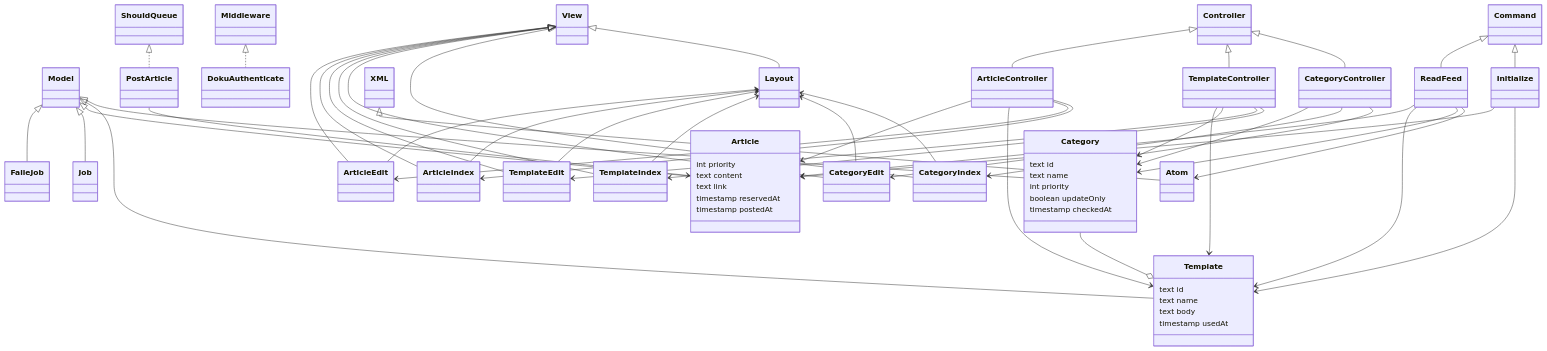
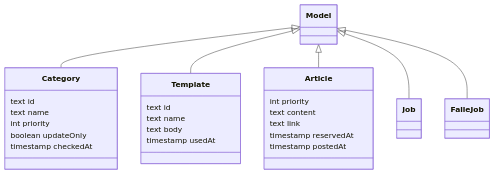
One commit to MichinobuMaeda/squirrelwheel changed the first of 6 diagrams in README.md. Above: the diagram before and after it, drawn with Mermaid.

Commit message:
improve readme

````diff
--- a/README.md
+++ b/README.md
@@ -91,68 +91,28 @@
 ```mermaid
 classDiagram
 class Category {
     text id
     text name
     int priority
     boolean updateOnly
     timestamp checkedAt
 }
 class Template {
     text id
     text name
     text body
     timestamp usedAt
 }
 class Article {
     int priority
     text content
     text link
     timestamp reservedAt
     timestamp postedAt
 }
 Model <|-- Category
 Model <|-- Template
 Model <|-- Article
 Model <|-- Job
 Model <|-- FaileJob
-Controller <|-- CategoryController
-Controller <|-- TemplateController
-Controller <|-- ArticleController
-Middleware <|.. DokuAuthenticate
-View <|-- Layout
-View <|-- CategoryIndex
-View <|-- CategoryEdit
-View <|-- TemplateIndex
-View <|-- TemplateEdit
-View <|-- ArticleIndex
-View <|-- ArticleEdit
-Layout <-- CategoryIndex
-Layout <-- CategoryEdit
-Layout <-- TemplateIndex
-Layout <-- TemplateEdit
-Layout <-- ArticleIndex
-Layout <-- ArticleEdit
-CategoryController --> CategoryIndex
-CategoryController --> CategoryEdit
-TemplateController --> TemplateIndex
-TemplateController --> TemplateEdit
-ArticleController  --> ArticleIndex
-ArticleController  --> ArticleEdit
-Command <|-- Initialize
-Command <|-- ReadFeed
-XML <|-- Atom
-ReadFeed --> Atom
-ReadFeed --> Category
-ReadFeed --> Template
-ReadFeed --> Article
-ShouldQueue <|.. PostArticle
-PostArticle --> Article
-Category --o Template
-Initialize --> Template
-Initialize --> Article
-CategoryController --> Category
-TemplateController --> Category
-TemplateController --> Template
-ArticleController --> Template
-ArticleController --> Article
 ```
````
